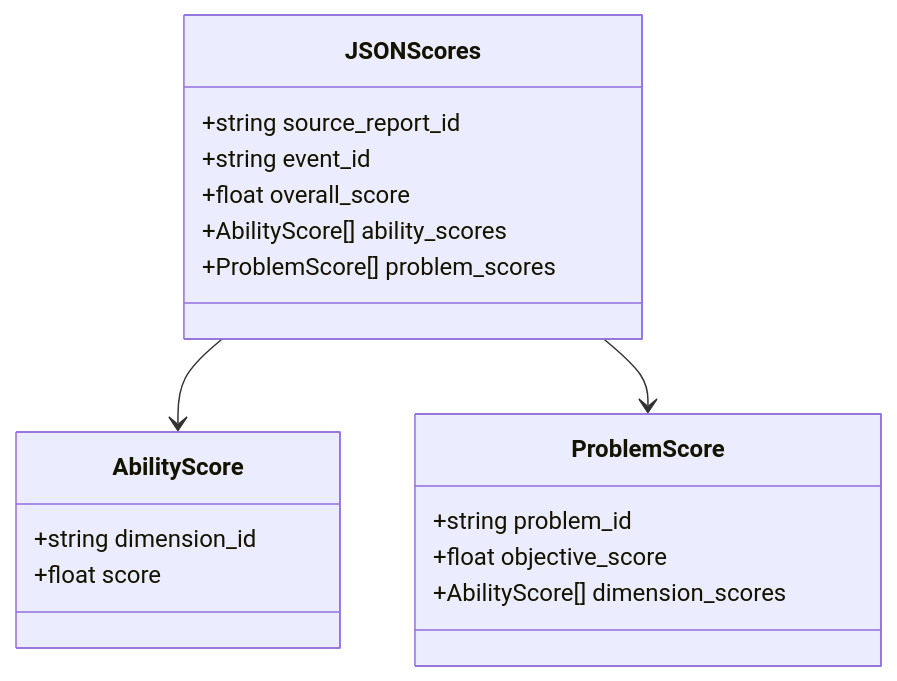
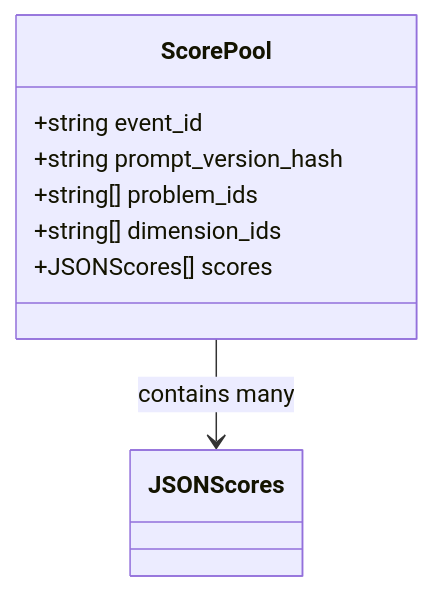
One commit to paideia-ai/tech-doc-axiia changed the third of 7 diagrams in score-post-llm-pipeline/pipeline-design.md. Above: the diagram before and after it, drawn with Mermaid. The commit also changed other lines of this file and 3 other files, not shown here.

First line of the commit message:
Consolidate schemas and update docs per ip-02.md

````diff
--- a/score-post-llm-pipeline/pipeline-design.md
+++ b/score-post-llm-pipeline/pipeline-design.md
@@ -84,24 +105,12 @@
 ```mermaid
 classDiagram
-    class JSONScores {
-        +string source_report_id
+    class ScorePool {
         +string event_id
-        +float overall_score
-        +AbilityScore[] ability_scores
-        +ProblemScore[] problem_scores
+        +string prompt_version_hash
+        +string[] problem_ids
+        +string[] dimension_ids
+        +JSONScores[] scores
     }
 
-    class AbilityScore {
-        +string dimension_id
-        +float score
-    }
-
-    class ProblemScore {
-        +string problem_id
-        +float objective_score
-        +AbilityScore[] dimension_scores
-    }
-
-    JSONScores --> AbilityScore
-    JSONScores --> ProblemScore
+    ScorePool --> JSONScores : contains many
 ```
````
